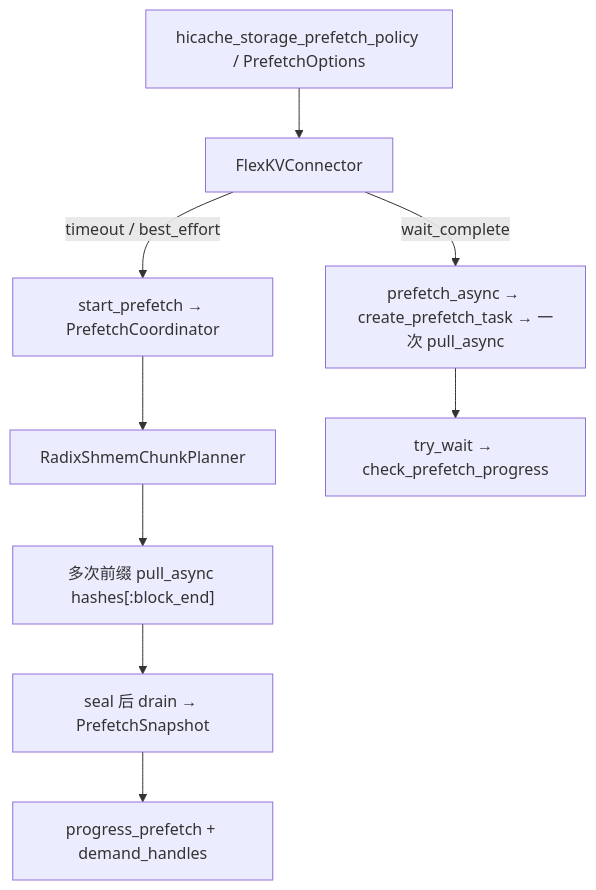
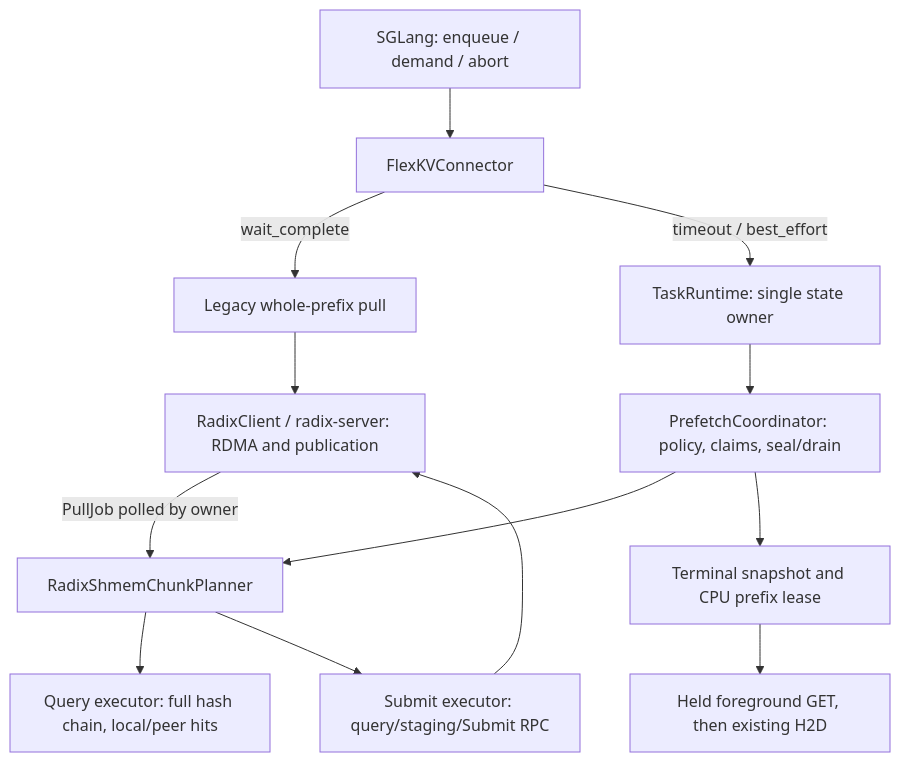
The diagram in docs/design/radixshmem_chunked_prefetch.md (taco-project/FlexKV), drawn with Mermaid before and after one commit. The commit also changed other lines of this file and 5 other files, not shown here.

````diff
--- a/docs/design/radixshmem_chunked_prefetch.md
+++ b/docs/design/radixshmem_chunked_prefetch.md
@@ -27,13 +38,15 @@
 ```mermaid
-flowchart TB
-  CLI["hicache_storage_prefetch_policy / PrefetchOptions"]
-  Conn["FlexKVConnector"]
-  CLI --> Conn
-  Conn -->|"wait_complete"| Legacy["prefetch_async → create_prefetch_task → 一次 pull_async"]
-  Conn -->|"timeout / best_effort"| Chunk["start_prefetch → PrefetchCoordinator"]
-  Chunk --> Plan["RadixShmemChunkPlanner"]
-  Plan --> Pull["多次前缀 pull_async hashes[:block_end]"]
-  Pull --> Drain["seal 后 drain → PrefetchSnapshot"]
-  Legacy --> Poll["try_wait → check_prefetch_progress"]
-  Drain --> Poll2["progress_prefetch + demand_handles"]
+flowchart TD
+    S["SGLang: enqueue / demand / abort"] --> C["FlexKVConnector"]
+    C -->|wait_complete| L["Legacy whole-prefix pull"]
+    C -->|timeout / best_effort| R["TaskRuntime: single state owner"]
+    R --> P["PrefetchCoordinator: policy, claims, seal/drain"]
+    P --> B["RadixShmemChunkPlanner"]
+    B --> Q["Query executor: full hash chain, local/peer hits"]
+    B --> U["Submit executor: query/staging/Submit RPC"]
+    U --> J["RadixClient / radix-server: RDMA and publication"]
+    J -->|PullJob polled by owner| B
+    L --> J
+    P --> H["Terminal snapshot and CPU prefix lease"]
+    H --> G["Held foreground GET, then existing H2D"]
 ```
````
